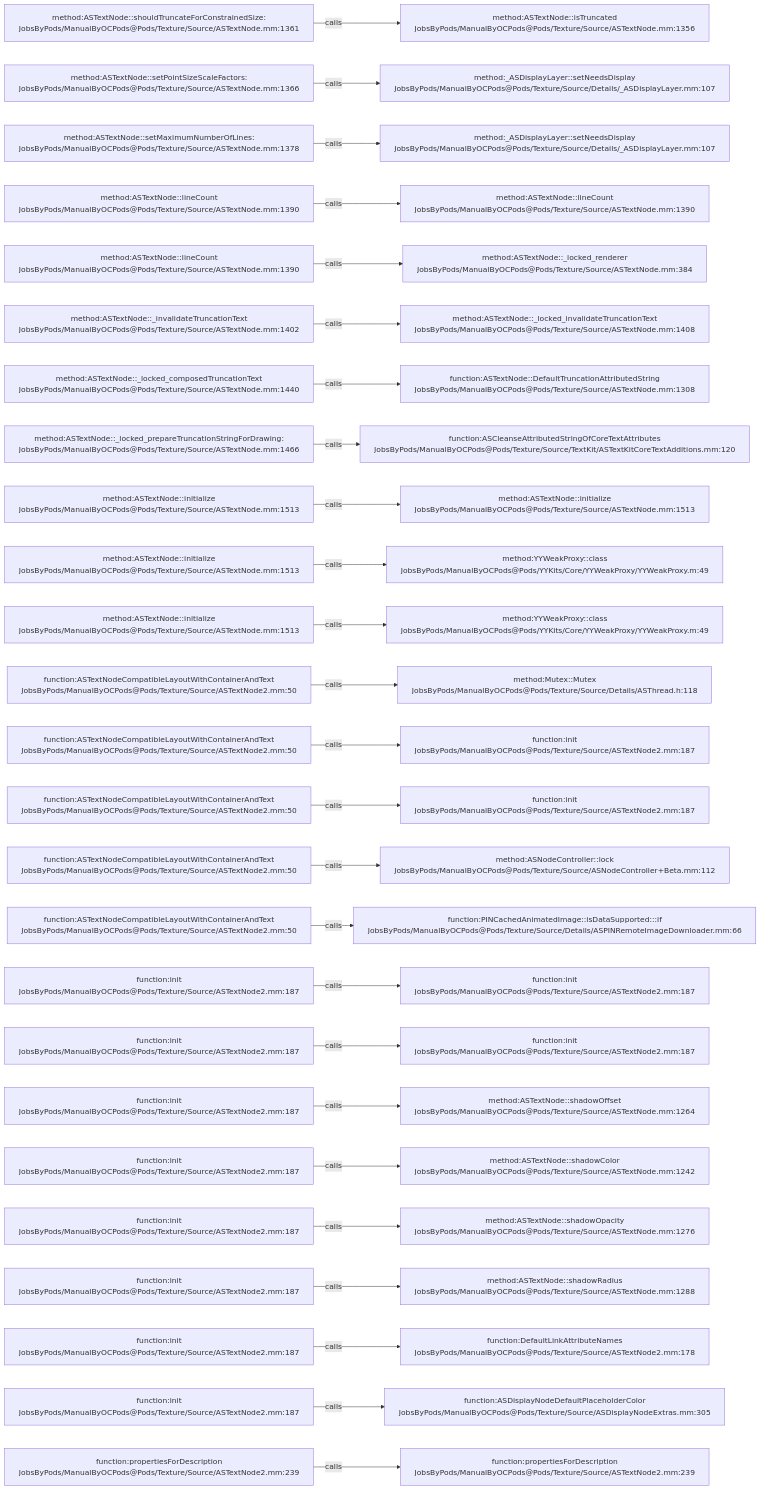
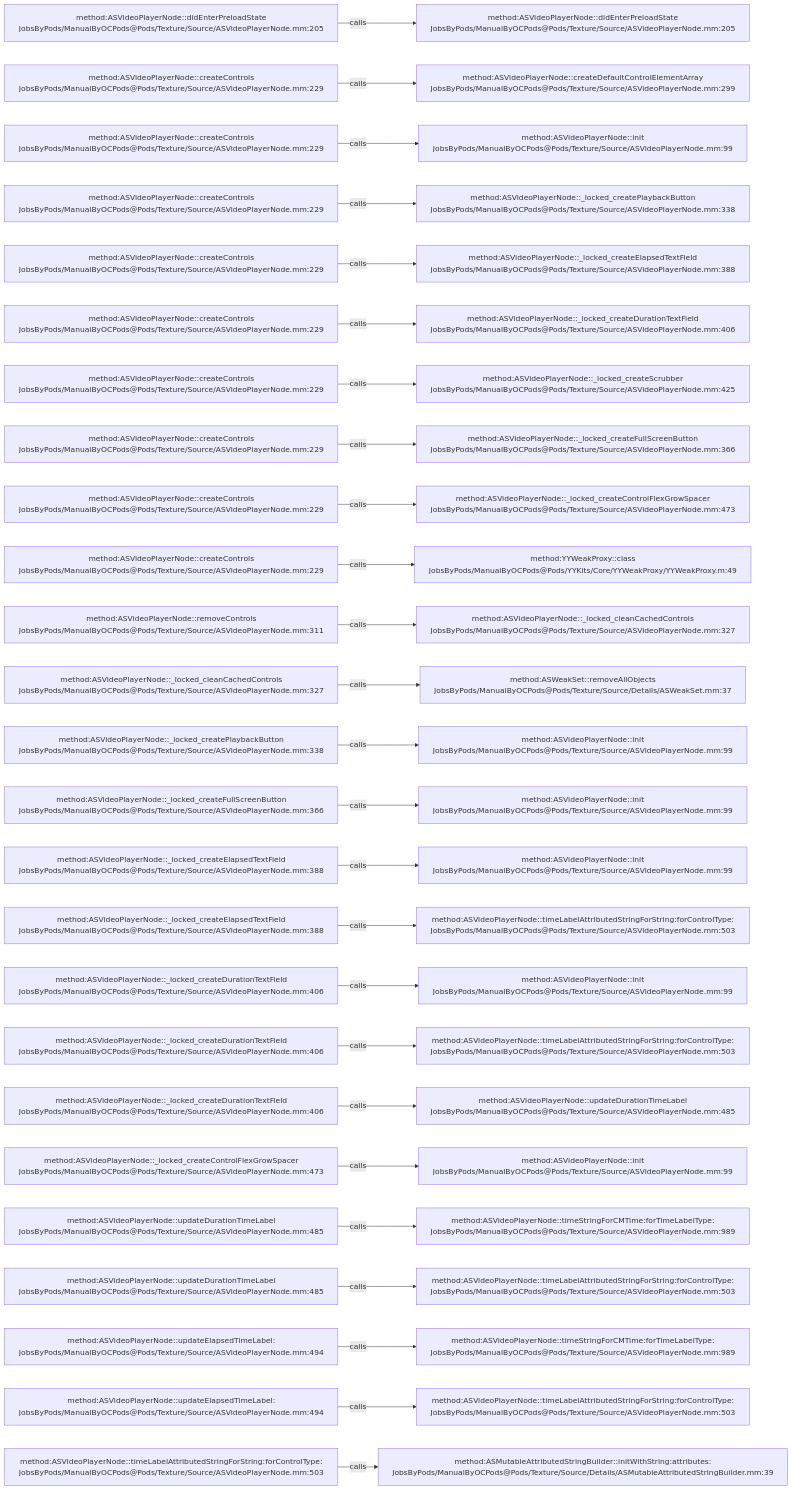
Before and after one commit to JobsKits/JobsOCBaseConfigDemo: the diagram in .codegraph/codegraph.md/graphs/calls-130.md, drawn with Mermaid. The commit also changed 2723 other files, not shown here.

````diff
--- a/.codegraph/codegraph.md/graphs/calls-130.md
+++ b/.codegraph/codegraph.md/graphs/calls-130.md
@@ -13,78 +13,78 @@
 ```mermaid
 flowchart LR
-  S1["method:ASTextNode::shouldTruncateForConstrainedSize:<br/>JobsByPods/ManualByOCPods@Pods/Texture/Source/ASTextNode.mm:1361"]
-  T1["method:ASTextNode::isTruncated<br/>JobsByPods/ManualByOCPods@Pods/Texture/Source/ASTextNode.mm:1356"]
+  S1["method:ASVideoPlayerNode::didEnterPreloadState<br/>JobsByPods/ManualByOCPods@Pods/Texture/Source/ASVideoPlayerNode.mm:205"]
+  T1["method:ASVideoPlayerNode::didEnterPreloadState<br/>JobsByPods/ManualByOCPods@Pods/Texture/Source/ASVideoPlayerNode.mm:205"]
   S1 -->|calls| T1
-  S2["method:ASTextNode::setPointSizeScaleFactors:<br/>JobsByPods/ManualByOCPods@Pods/Texture/Source/ASTextNode.mm:1366"]
-  T2["method:_ASDisplayLayer::setNeedsDisplay<br/>JobsByPods/ManualByOCPods@Pods/Texture/Source/Details/_ASDisplayLayer.mm:107"]
+  S2["method:ASVideoPlayerNode::createControls<br/>JobsByPods/ManualByOCPods@Pods/Texture/Source/ASVideoPlayerNode.mm:229"]
+  T2["method:ASVideoPlayerNode::createDefaultControlElementArray<br/>JobsByPods/ManualByOCPods@Pods/Texture/Source/ASVideoPlayerNode.mm:299"]
   S2 -->|calls| T2
-  S3["method:ASTextNode::setMaximumNumberOfLines:<br/>JobsByPods/ManualByOCPods@Pods/Texture/Source/ASTextNode.mm:1378"]
-  T3["method:_ASDisplayLayer::setNeedsDisplay<br/>JobsByPods/ManualByOCPods@Pods/Texture/Source/Details/_ASDisplayLayer.mm:107"]
+  S3["method:ASVideoPlayerNode::createControls<br/>JobsByPods/ManualByOCPods@Pods/Texture/Source/ASVideoPlayerNode.mm:229"]
+  T3["method:ASVideoPlayerNode::init<br/>JobsByPods/ManualByOCPods@Pods/Texture/Source/ASVideoPlayerNode.mm:99"]
   S3 -->|calls| T3
-  S4["method:ASTextNode::lineCount<br/>JobsByPods/ManualByOCPods@Pods/Texture/Source/ASTextNode.mm:1390"]
-  T4["method:ASTextNode::lineCount<br/>JobsByPods/ManualByOCPods@Pods/Texture/Source/ASTextNode.mm:1390"]
+  S4["method:ASVideoPlayerNode::createControls<br/>JobsByPods/ManualByOCPods@Pods/Texture/Source/ASVideoPlayerNode.mm:229"]
+  T4["method:ASVideoPlayerNode::_locked_createPlaybackButton<br/>JobsByPods/ManualByOCPods@Pods/Texture/Source/ASVideoPlayerNode.mm:338"]
   S4 -->|calls| T4
-  S5["method:ASTextNode::lineCount<br/>JobsByPods/ManualByOCPods@Pods/Texture/Source/ASTextNode.mm:1390"]
-  T5["method:ASTextNode::_locked_renderer<br/>JobsByPods/ManualByOCPods@Pods/Texture/Source/ASTextNode.mm:384"]
+  S5["method:ASVideoPlayerNode::createControls<br/>JobsByPods/ManualByOCPods@Pods/Texture/Source/ASVideoPlayerNode.mm:229"]
+  T5["method:ASVideoPlayerNode::_locked_createElapsedTextField<br/>JobsByPods/ManualByOCPods@Pods/Texture/Source/ASVideoPlayerNode.mm:388"]
   S5 -->|calls| T5
-  S6["method:ASTextNode::_invalidateTruncationText<br/>JobsByPods/ManualByOCPods@Pods/Texture/Source/ASTextNode.mm:1402"]
-  T6["method:ASTextNode::_locked_invalidateTruncationText<br/>JobsByPods/ManualByOCPods@Pods/Texture/Source/ASTextNode.mm:1408"]
+  S6["method:ASVideoPlayerNode::createControls<br/>JobsByPods/ManualByOCPods@Pods/Texture/Source/ASVideoPlayerNode.mm:229"]
+  T6["method:ASVideoPlayerNode::_locked_createDurationTextField<br/>JobsByPods/ManualByOCPods@Pods/Texture/Source/ASVideoPlayerNode.mm:406"]
   S6 -->|calls| T6
-  S7["method:ASTextNode::_locked_composedTruncationText<br/>JobsByPods/ManualByOCPods@Pods/Texture/Source/ASTextNode.mm:1440"]
-  T7["function:ASTextNode::DefaultTruncationAttributedString<br/>JobsByPods/ManualByOCPods@Pods/Texture/Source/ASTextNode.mm:1308"]
+  S7["method:ASVideoPlayerNode::createControls<br/>JobsByPods/ManualByOCPods@Pods/Texture/Source/ASVideoPlayerNode.mm:229"]
+  T7["method:ASVideoPlayerNode::_locked_createScrubber<br/>JobsByPods/ManualByOCPods@Pods/Texture/Source/ASVideoPlayerNode.mm:425"]
   S7 -->|calls| T7
-  S8["method:ASTextNode::_locked_prepareTruncationStringForDrawing:<br/>JobsByPods/ManualByOCPods@Pods/Texture/Source/ASTextNode.mm:1466"]
-  T8["function:ASCleanseAttributedStringOfCoreTextAttributes<br/>JobsByPods/ManualByOCPods@Pods/Texture/Source/TextKit/ASTextKitCoreTextAdditions.mm:120"]
+  S8["method:ASVideoPlayerNode::createControls<br/>JobsByPods/ManualByOCPods@Pods/Texture/Source/ASVideoPlayerNode.mm:229"]
+  T8["method:ASVideoPlayerNode::_locked_createFullScreenButton<br/>JobsByPods/ManualByOCPods@Pods/Texture/Source/ASVideoPlayerNode.mm:366"]
   S8 -->|calls| T8
-  S9["method:ASTextNode::initialize<br/>JobsByPods/ManualByOCPods@Pods/Texture/Source/ASTextNode.mm:1513"]
-  T9["method:ASTextNode::initialize<br/>JobsByPods/ManualByOCPods@Pods/Texture/Source/ASTextNode.mm:1513"]
+  S9["method:ASVideoPlayerNode::createControls<br/>JobsByPods/ManualByOCPods@Pods/Texture/Source/ASVideoPlayerNode.mm:229"]
+  T9["method:ASVideoPlayerNode::_locked_createControlFlexGrowSpacer<br/>JobsByPods/ManualByOCPods@Pods/Texture/Source/ASVideoPlayerNode.mm:473"]
   S9 -->|calls| T9
-  S10["method:ASTextNode::initialize<br/>JobsByPods/ManualByOCPods@Pods/Texture/Source/ASTextNode.mm:1513"]
+  S10["method:ASVideoPlayerNode::createControls<br/>JobsByPods/ManualByOCPods@Pods/Texture/Source/ASVideoPlayerNode.mm:229"]
   T10["method:YYWeakProxy::class<br/>JobsByPods/ManualByOCPods@Pods/YYKits/Core/YYWeakProxy/YYWeakProxy.m:49"]
   S10 -->|calls| T10
-  S11["method:ASTextNode::initialize<br/>JobsByPods/ManualByOCPods@Pods/Texture/Source/ASTextNode.mm:1513"]
-  T11["method:YYWeakProxy::class<br/>JobsByPods/ManualByOCPods@Pods/YYKits/Core/YYWeakProxy/YYWeakProxy.m:49"]
+  S11["method:ASVideoPlayerNode::removeControls<br/>JobsByPods/ManualByOCPods@Pods/Texture/Source/ASVideoPlayerNode.mm:311"]
+  T11["method:ASVideoPlayerNode::_locked_cleanCachedControls<br/>JobsByPods/ManualByOCPods@Pods/Texture/Source/ASVideoPlayerNode.mm:327"]
   S11 -->|calls| T11
-  S12["function:ASTextNodeCompatibleLayoutWithContainerAndText<br/>JobsByPods/ManualByOCPods@Pods/Texture/Source/ASTextNode2.mm:50"]
-  T12["method:Mutex::Mutex<br/>JobsByPods/ManualByOCPods@Pods/Texture/Source/Details/ASThread.h:118"]
+  S12["method:ASVideoPlayerNode::_locked_cleanCachedControls<br/>JobsByPods/ManualByOCPods@Pods/Texture/Source/ASVideoPlayerNode.mm:327"]
+  T12["method:ASWeakSet::removeAllObjects<br/>JobsByPods/ManualByOCPods@Pods/Texture/Source/Details/ASWeakSet.mm:37"]
   S12 -->|calls| T12
-  S13["function:ASTextNodeCompatibleLayoutWithContainerAndText<br/>JobsByPods/ManualByOCPods@Pods/Texture/Source/ASTextNode2.mm:50"]
-  T13["function:init<br/>JobsByPods/ManualByOCPods@Pods/Texture/Source/ASTextNode2.mm:187"]
+  S13["method:ASVideoPlayerNode::_locked_createPlaybackButton<br/>JobsByPods/ManualByOCPods@Pods/Texture/Source/ASVideoPlayerNode.mm:338"]
+  T13["method:ASVideoPlayerNode::init<br/>JobsByPods/ManualByOCPods@Pods/Texture/Source/ASVideoPlayerNode.mm:99"]
   S13 -->|calls| T13
-  S14["function:ASTextNodeCompatibleLayoutWithContainerAndText<br/>JobsByPods/ManualByOCPods@Pods/Texture/Source/ASTextNode2.mm:50"]
-  T14["function:init<br/>JobsByPods/ManualByOCPods@Pods/Texture/Source/ASTextNode2.mm:187"]
+  S14["method:ASVideoPlayerNode::_locked_createFullScreenButton<br/>JobsByPods/ManualByOCPods@Pods/Texture/Source/ASVideoPlayerNode.mm:366"]
+  T14["method:ASVideoPlayerNode::init<br/>JobsByPods/ManualByOCPods@Pods/Texture/Source/ASVideoPlayerNode.mm:99"]
   S14 -->|calls| T14
-  S15["function:ASTextNodeCompatibleLayoutWithContainerAndText<br/>JobsByPods/ManualByOCPods@Pods/Texture/Source/ASTextNode2.mm:50"]
-  T15["method:ASNodeController::lock<br/>JobsByPods/ManualByOCPods@Pods/Texture/Source/ASNodeController+Beta.mm:112"]
+  S15["method:ASVideoPlayerNode::_locked_createElapsedTextField<br/>JobsByPods/ManualByOCPods@Pods/Texture/Source/ASVideoPlayerNode.mm:388"]
+  T15["method:ASVideoPlayerNode::init<br/>JobsByPods/ManualByOCPods@Pods/Texture/Source/ASVideoPlayerNode.mm:99"]
   S15 -->|calls| T15
-  S16["function:ASTextNodeCompatibleLayoutWithContainerAndText<br/>JobsByPods/ManualByOCPods@Pods/Texture/Source/ASTextNode2.mm:50"]
-  T16["function:PINCachedAnimatedImage::isDataSupported:::if<br/>JobsByPods/ManualByOCPods@Pods/Texture/Source/Details/ASPINRemoteImageDownloader.mm:66"]
+  S16["method:ASVideoPlayerNode::_locked_createElapsedTextField<br/>JobsByPods/ManualByOCPods@Pods/Texture/Source/ASVideoPlayerNode.mm:388"]
+  T16["method:ASVideoPlayerNode::timeLabelAttributedStringForString:forControlType:<br/>JobsByPods/ManualByOCPods@Pods/Texture/Source/ASVideoPlayerNode.mm:503"]
   S16 -->|calls| T16
-  S17["function:init<br/>JobsByPods/ManualByOCPods@Pods/Texture/Source/ASTextNode2.mm:187"]
-  T17["function:init<br/>JobsByPods/ManualByOCPods@Pods/Texture/Source/ASTextNode2.mm:187"]
+  S17["method:ASVideoPlayerNode::_locked_createDurationTextField<br/>JobsByPods/ManualByOCPods@Pods/Texture/Source/ASVideoPlayerNode.mm:406"]
+  T17["method:ASVideoPlayerNode::init<br/>JobsByPods/ManualByOCPods@Pods/Texture/Source/ASVideoPlayerNode.mm:99"]
   S17 -->|calls| T17
-  S18["function:init<br/>JobsByPods/ManualByOCPods@Pods/Texture/Source/ASTextNode2.mm:187"]
-  T18["function:init<br/>JobsByPods/ManualByOCPods@Pods/Texture/Source/ASTextNode2.mm:187"]
+  S18["method:ASVideoPlayerNode::_locked_createDurationTextField<br/>JobsByPods/ManualByOCPods@Pods/Texture/Source/ASVideoPlayerNode.mm:406"]
+  T18["method:ASVideoPlayerNode::timeLabelAttributedStringForString:forControlType:<br/>JobsByPods/ManualByOCPods@Pods/Texture/Source/ASVideoPlayerNode.mm:503"]
   S18 -->|calls| T18
-  S19["function:init<br/>JobsByPods/ManualByOCPods@Pods/Texture/Source/ASTextNode2.mm:187"]
-  T19["method:ASTextNode::shadowOffset<br/>JobsByPods/ManualByOCPods@Pods/Texture/Source/ASTextNode.mm:1264"]
+  S19["method:ASVideoPlayerNode::_locked_createDurationTextField<br/>JobsByPods/ManualByOCPods@Pods/Texture/Source/ASVideoPlayerNode.mm:406"]
+  T19["method:ASVideoPlayerNode::updateDurationTimeLabel<br/>JobsByPods/ManualByOCPods@Pods/Texture/Source/ASVideoPlayerNode.mm:485"]
   S19 -->|calls| T19
-  S20["function:init<br/>JobsByPods/ManualByOCPods@Pods/Texture/Source/ASTextNode2.mm:187"]
-  T20["method:ASTextNode::shadowColor<br/>JobsByPods/ManualByOCPods@Pods/Texture/Source/ASTextNode.mm:1242"]
+  S20["method:ASVideoPlayerNode::_locked_createControlFlexGrowSpacer<br/>JobsByPods/ManualByOCPods@Pods/Texture/Source/ASVideoPlayerNode.mm:473"]
+  T20["method:ASVideoPlayerNode::init<br/>JobsByPods/ManualByOCPods@Pods/Texture/Source/ASVideoPlayerNode.mm:99"]
   S20 -->|calls| T20
-  S21["function:init<br/>JobsByPods/ManualByOCPods@Pods/Texture/Source/ASTextNode2.mm:187"]
-  T21["method:ASTextNode::shadowOpacity<br/>JobsByPods/ManualByOCPods@Pods/Texture/Source/ASTextNode.mm:1276"]
+  S21["method:ASVideoPlayerNode::updateDurationTimeLabel<br/>JobsByPods/ManualByOCPods@Pods/Texture/Source/ASVideoPlayerNode.mm:485"]
+  T21["method:ASVideoPlayerNode::timeStringForCMTime:forTimeLabelType:<br/>JobsByPods/ManualByOCPods@Pods/Texture/Source/ASVideoPlayerNode.mm:989"]
   S21 -->|calls| T21
-  S22["function:init<br/>JobsByPods/ManualByOCPods@Pods/Texture/Source/ASTextNode2.mm:187"]
-  T22["method:ASTextNode::shadowRadius<br/>JobsByPods/ManualByOCPods@Pods/Texture/Source/ASTextNode.mm:1288"]
+  S22["method:ASVideoPlayerNode::updateDurationTimeLabel<br/>JobsByPods/ManualByOCPods@Pods/Texture/Source/ASVideoPlayerNode.mm:485"]
+  T22["method:ASVideoPlayerNode::timeLabelAttributedStringForString:forControlType:<br/>JobsByPods/ManualByOCPods@Pods/Texture/Source/ASVideoPlayerNode.mm:503"]
   S22 -->|calls| T22
-  S23["function:init<br/>JobsByPods/ManualByOCPods@Pods/Texture/Source/ASTextNode2.mm:187"]
-  T23["function:DefaultLinkAttributeNames<br/>JobsByPods/ManualByOCPods@Pods/Texture/Source/ASTextNode2.mm:178"]
+  S23["method:ASVideoPlayerNode::updateElapsedTimeLabel:<br/>JobsByPods/ManualByOCPods@Pods/Texture/Source/ASVideoPlayerNode.mm:494"]
+  T23["method:ASVideoPlayerNode::timeStringForCMTime:forTimeLabelType:<br/>JobsByPods/ManualByOCPods@Pods/Texture/Source/ASVideoPlayerNode.mm:989"]
   S23 -->|calls| T23
-  S24["function:init<br/>JobsByPods/ManualByOCPods@Pods/Texture/Source/ASTextNode2.mm:187"]
-  T24["function:ASDisplayNodeDefaultPlaceholderColor<br/>JobsByPods/ManualByOCPods@Pods/Texture/Source/ASDisplayNodeExtras.mm:305"]
+  S24["method:ASVideoPlayerNode::updateElapsedTimeLabel:<br/>JobsByPods/ManualByOCPods@Pods/Texture/Source/ASVideoPlayerNode.mm:494"]
+  T24["method:ASVideoPlayerNode::timeLabelAttributedStringForString:forControlType:<br/>JobsByPods/ManualByOCPods@Pods/Texture/Source/ASVideoPlayerNode.mm:503"]
   S24 -->|calls| T24
-  S25["function:propertiesForDescription<br/>JobsByPods/ManualByOCPods@Pods/Texture/Source/ASTextNode2.mm:239"]
-  T25["function:propertiesForDescription<br/>JobsByPods/ManualByOCPods@Pods/Texture/Source/ASTextNode2.mm:239"]
+  S25["method:ASVideoPlayerNode::timeLabelAttributedStringForString:forControlType:<br/>JobsByPods/ManualByOCPods@Pods/Texture/Source/ASVideoPlayerNode.mm:503"]
+  T25["method:ASMutableAttributedStringBuilder::initWithString:attributes:<br/>JobsByPods/ManualByOCPods@Pods/Texture/Source/Details/ASMutableAttributedStringBuilder.mm:39"]
   S25 -->|calls| T25
 ```
````
